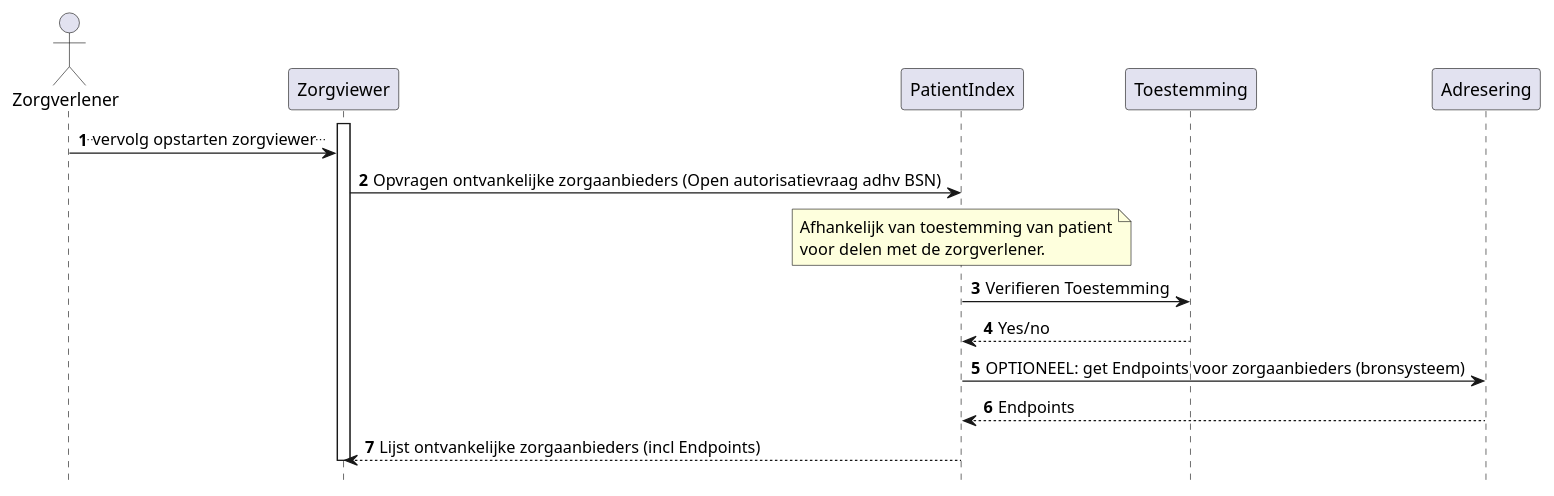
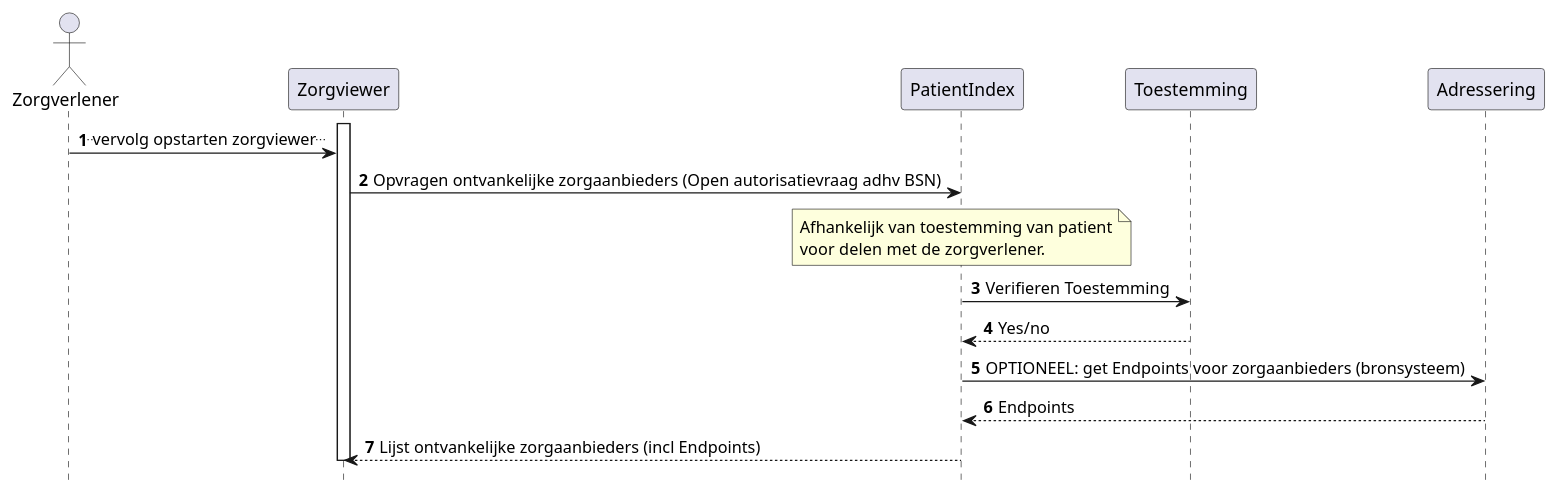
One commit to RIVO-Noord/zorgviewer-ig changed the diagram in input/images-source/Zorgviewer-seq-2.plantuml. Above: the diagram before and after it, drawn with PlantUML. The commit also changed 3 other files, not shown here.

```diff
--- a/input/images-source/Zorgviewer-seq-2.plantuml
+++ b/input/images-source/Zorgviewer-seq-2.plantuml
@@ -1,22 +1,22 @@
 @startuml
 hide footbox
 autonumber
 
 actor Zorgverlener
 participant Zorgviewer
 participant PatientIndex
 participant Toestemming
-participant Adresering
+participant Adressering
 
 activate Zorgviewer
 Zorgverlener->Zorgviewer: ..vervolg opstarten zorgviewer..
 Zorgviewer->PatientIndex: Opvragen ontvankelijke zorgaanbieders (Open autorisatievraag adhv BSN)
 note over PatientIndex: Afhankelijk van toestemming van patient\nvoor delen met de zorgverlener.
 PatientIndex->Toestemming: Verifieren Toestemming
 Toestemming-->PatientIndex: Yes/no
-PatientIndex->Adresering: OPTIONEEL: get Endpoints voor zorgaanbieders (bronsysteem)
-Adresering-->PatientIndex: Endpoints
+PatientIndex->Adressering: OPTIONEEL: get Endpoints voor zorgaanbieders (bronsysteem)
+Adressering-->PatientIndex: Endpoints
 PatientIndex-->Zorgviewer: Lijst ontvankelijke zorgaanbieders (incl Endpoints)
 deactivate Zorgviewer
 
 @enduml
```
